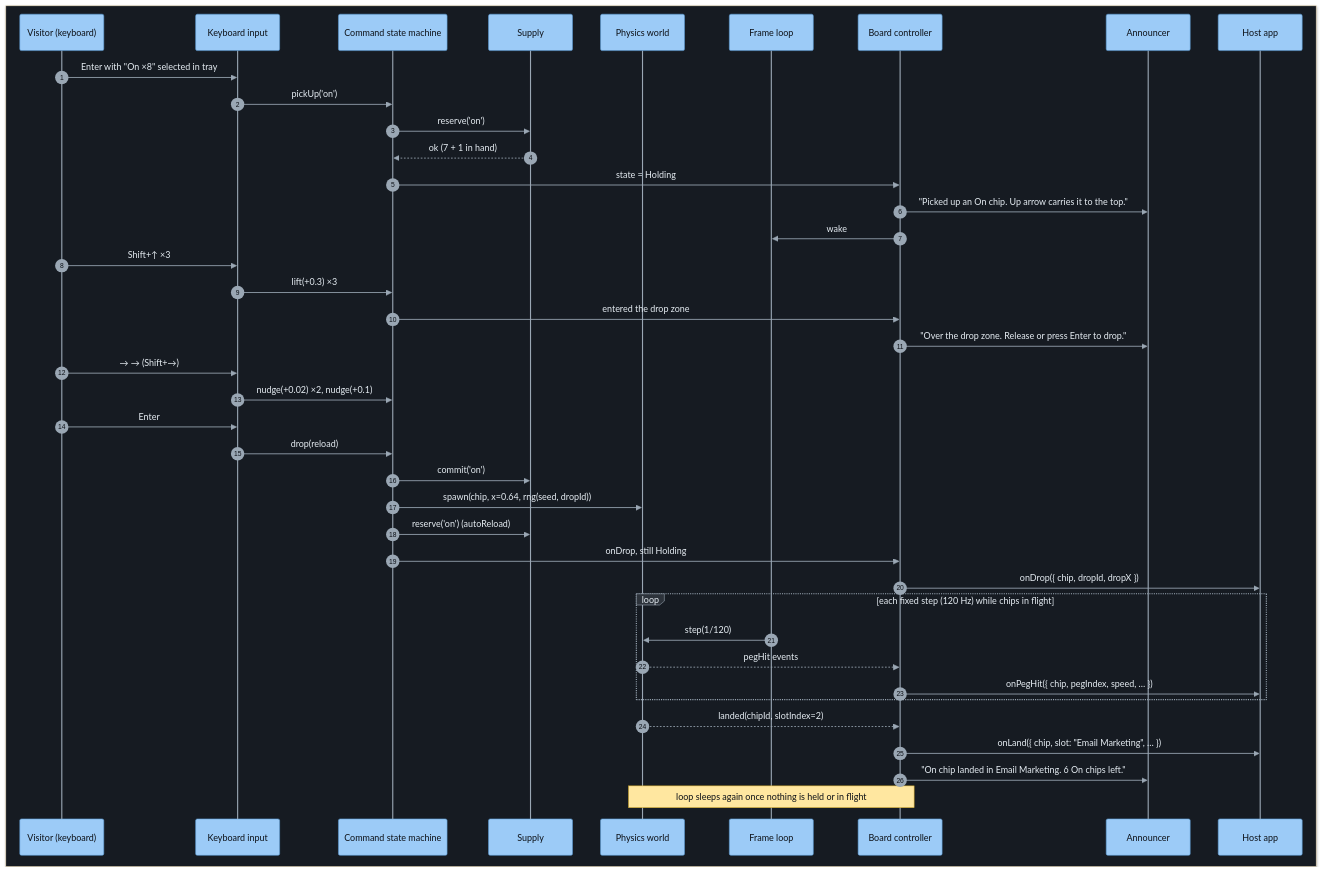
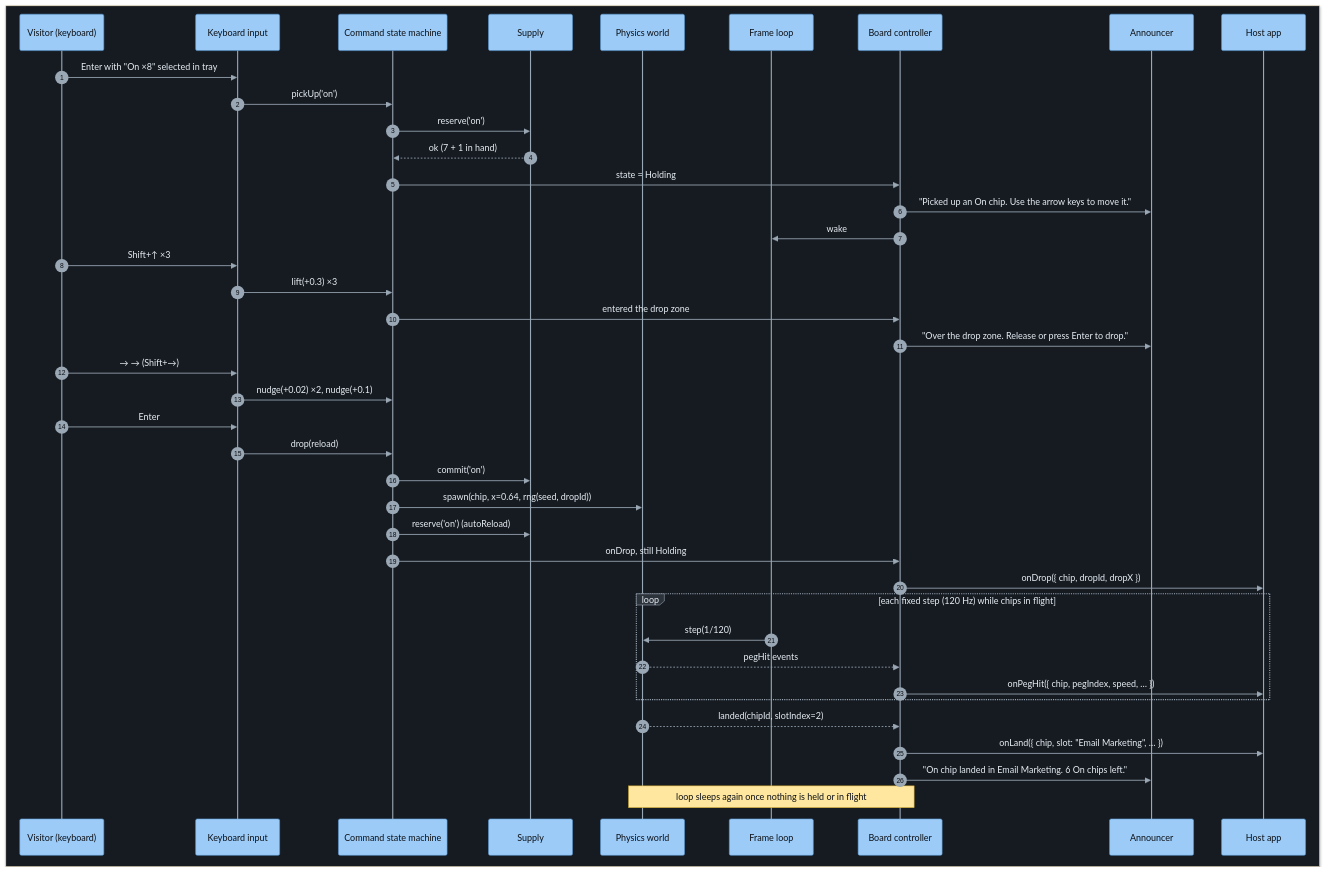
One commit to alanbickel/plinko-config changed the ninth of 10 diagrams in docs/ARCHITECTURE.md. Above: the diagram before and after it, drawn with Mermaid. The commit also changed 1 other file, not shown here.

Commit message:
Reword the pickedUp announcement to "Use the arrow keys to move it."

````diff
--- a/docs/ARCHITECTURE.md
+++ b/docs/ARCHITECTURE.md
@@ -485,46 +485,46 @@
 ```mermaid
 %%{init: {"theme":"base","themeVariables":{"actorBkg":"#9ccbf7","actorBorder":"#5b9bd5","actorTextColor":"#0d1117","actorLineColor":"#9aa7b4","signalColor":"#9aa7b4","signalTextColor":"#e6edf3","noteBkgColor":"#ffe7a0","noteTextColor":"#0d1117","noteBorderColor":"#c9a227","labelBoxBkgColor":"#2d333b","labelTextColor":"#e6edf3","loopTextColor":"#e6edf3","labelBoxBorderColor":"#9aa7b4","sequenceNumberColor":"#0d1117"}}}%%
 sequenceDiagram
     autonumber
     box rgb(22,27,34)
     participant U as Visitor (keyboard)
     participant K as Keyboard input
     participant C as Command state machine
     participant Sup as Supply
     participant W as Physics world
     participant L as Frame loop
     participant B as Board controller
     participant A as Announcer
     participant Host as Host app
     end
 
     U->>K: Enter with "On ×8" selected in tray
     K->>C: pickUp('on')
     C->>Sup: reserve('on')
     Sup-->>C: ok (7 + 1 in hand)
     C->>B: state = Holding
-    B->>A: "Picked up an On chip. Up arrow carries it to the top."
+    B->>A: "Picked up an On chip. Use the arrow keys to move it."
     B->>L: wake
     U->>K: Shift+↑ ×3
     K->>C: lift(+0.3) ×3
     C->>B: entered the drop zone
     B->>A: "Over the drop zone. Release or press Enter to drop."
     U->>K: → → (Shift+→)
     K->>C: nudge(+0.02) ×2, nudge(+0.1)
     U->>K: Enter
     K->>C: drop(reload)
     C->>Sup: commit('on')
     C->>W: spawn(chip, x=0.64, rng(seed, dropId))
     C->>Sup: reserve('on') (autoReload)
     C->>B: onDrop, still Holding
     B->>Host: onDrop({ chip, dropId, dropX })
     loop each fixed step (120 Hz) while chips in flight
         L->>W: step(1/120)
         W-->>B: pegHit events
         B->>Host: onPegHit({ chip, pegIndex, speed, … })
     end
     W-->>B: landed(chipId, slotIndex=2)
     B->>Host: onLand({ chip, slot: "Email Marketing", … })
     B->>A: "On chip landed in Email Marketing. 6 On chips left."
     Note over W,B: loop sleeps again once nothing is held or in flight
 ```
````
